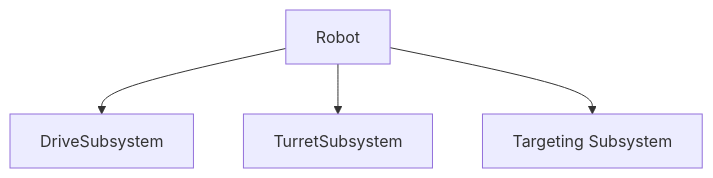
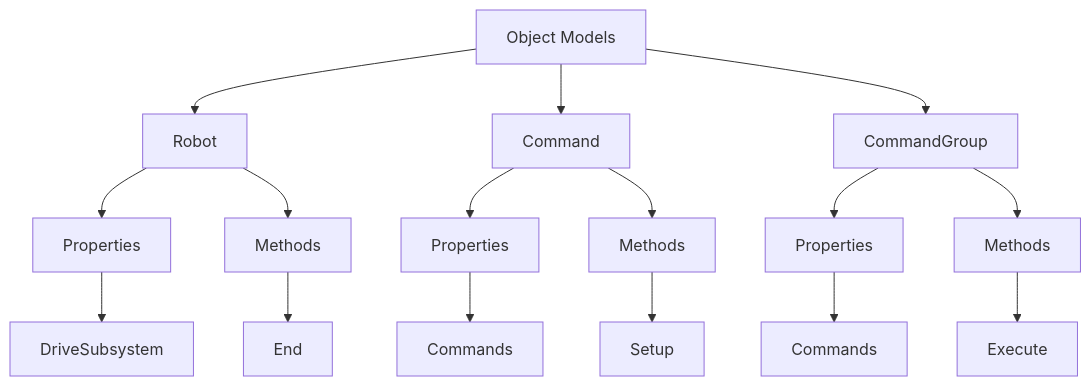
The diagram in ReadMe.md (ECU-SENG3000/assignment1-oop-libbeyc22), drawn with Mermaid before and after one commit.

Commit message:
Refactored object models and added command structure

````diff
--- a/ReadMe.md
+++ b/ReadMe.md
@@ -7,8 +7,19 @@
 ```mermaid
 flowchart
-    A[Robot] --> B[DriveSubsystem]
-    A --> C[TurretSubsystem]
-    A --> D[Targeting Subsystem]
-
+    A[Object Models] --> B[Robot]
+    B --> L[Properties]
+    L --> N[DriveSubsystem]
+    B --> M[Methods]
+    M --> O[End]
+    A --> C[Command]
+    C --> I[Properties]
+    I --> II[Commands]
+    C --> J[Methods]
+    J --> K[Setup]
+    A --> D[CommandGroup]
+    D --> E[Properties]
+    E --> F[Commands]
+    D --> G[Methods]
+    G --> H[Execute]
 
 ```
````
